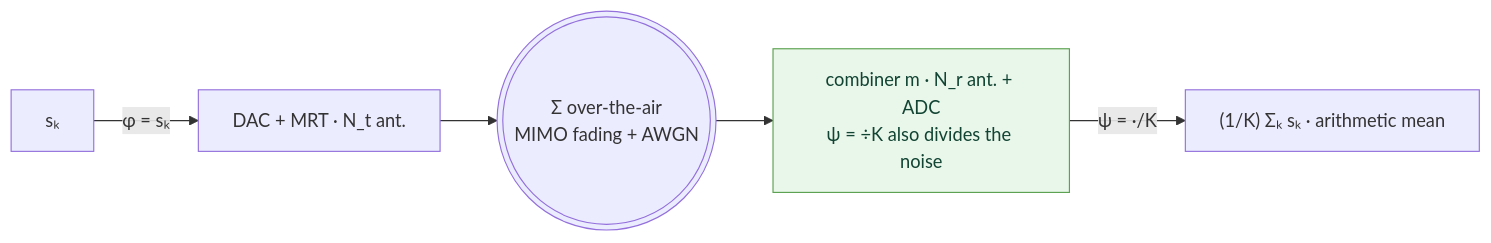
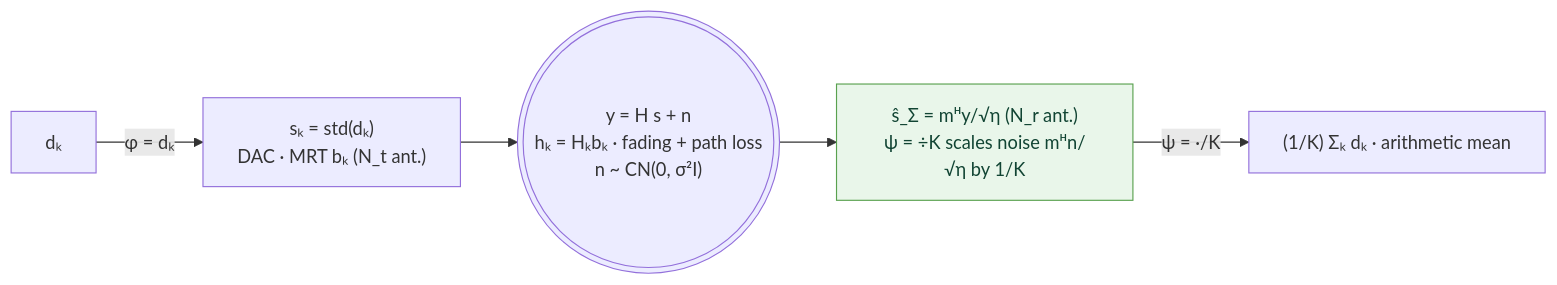
Before and after one commit to wincle626/OverAirCompute: the fourth of 13 diagrams in README.md, drawn with Mermaid. The commit also changed other lines of this file, not shown here.

````diff
--- a/README.md
+++ b/README.md
@@ -282,9 +299,9 @@
 ```mermaid
 flowchart LR
-    s["sₖ"] -->|"φ = sₖ"| tx["DAC + MRT · N_t ant."]
-    tx --> air((("Σ over-the-air<br/>MIMO fading + AWGN")))
-    air --> rx["combiner m · N_r ant. + ADC<br/>ψ = ÷K also divides the noise"]
-    rx -->|"ψ = ·/K"| r["(1/K) Σₖ sₖ  ·  arithmetic mean"]
+    d["dₖ"] -->|"φ = dₖ"| tx["sₖ = std(dₖ)<br/>DAC · MRT bₖ (N_t ant.)"]
+    tx --> y((("y = H s + n<br/>hₖ = Hₖbₖ · fading + path loss<br/>n ~ CN(0, σ²I)")))
+    y --> rx["ŝ_Σ = mᴴy/√η (N_r ant.)<br/>ψ = ÷K scales noise mᴴn/√η by 1/K"]
+    rx -->|"ψ = ·/K"| r["(1/K) Σₖ dₖ  ·  arithmetic mean"]
     classDef cool fill:#e9f6ea,stroke:#59A14F,color:#143;
     class rx cool;
 ```
````
